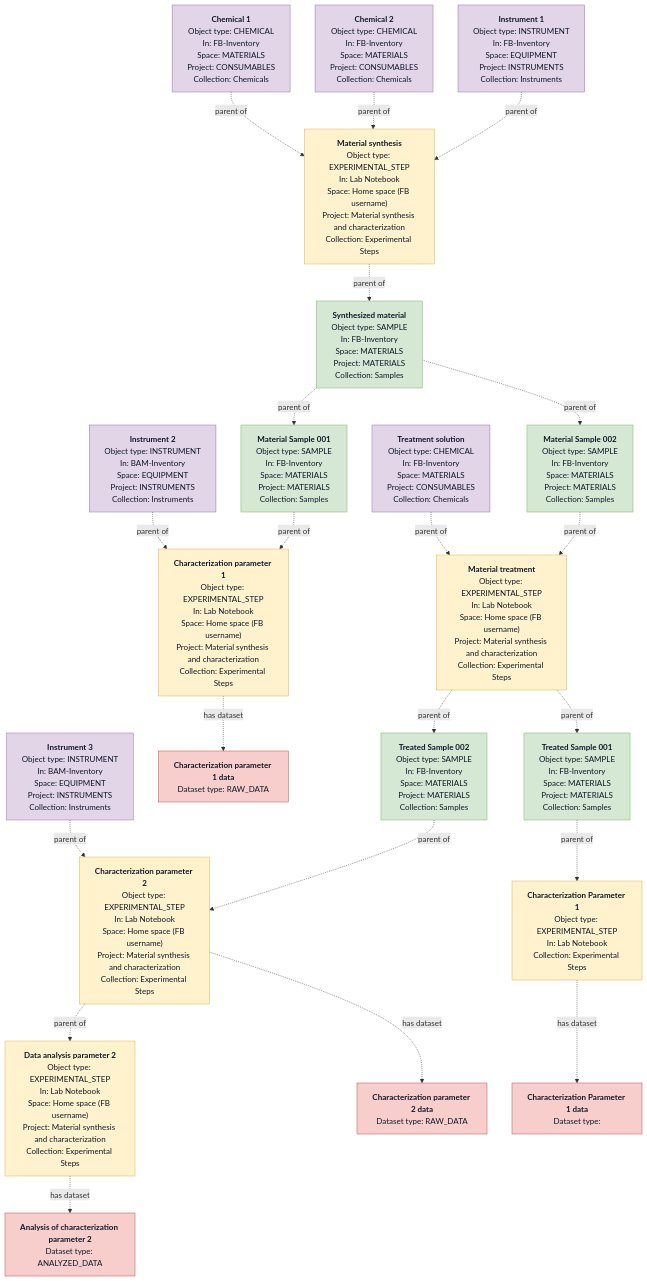
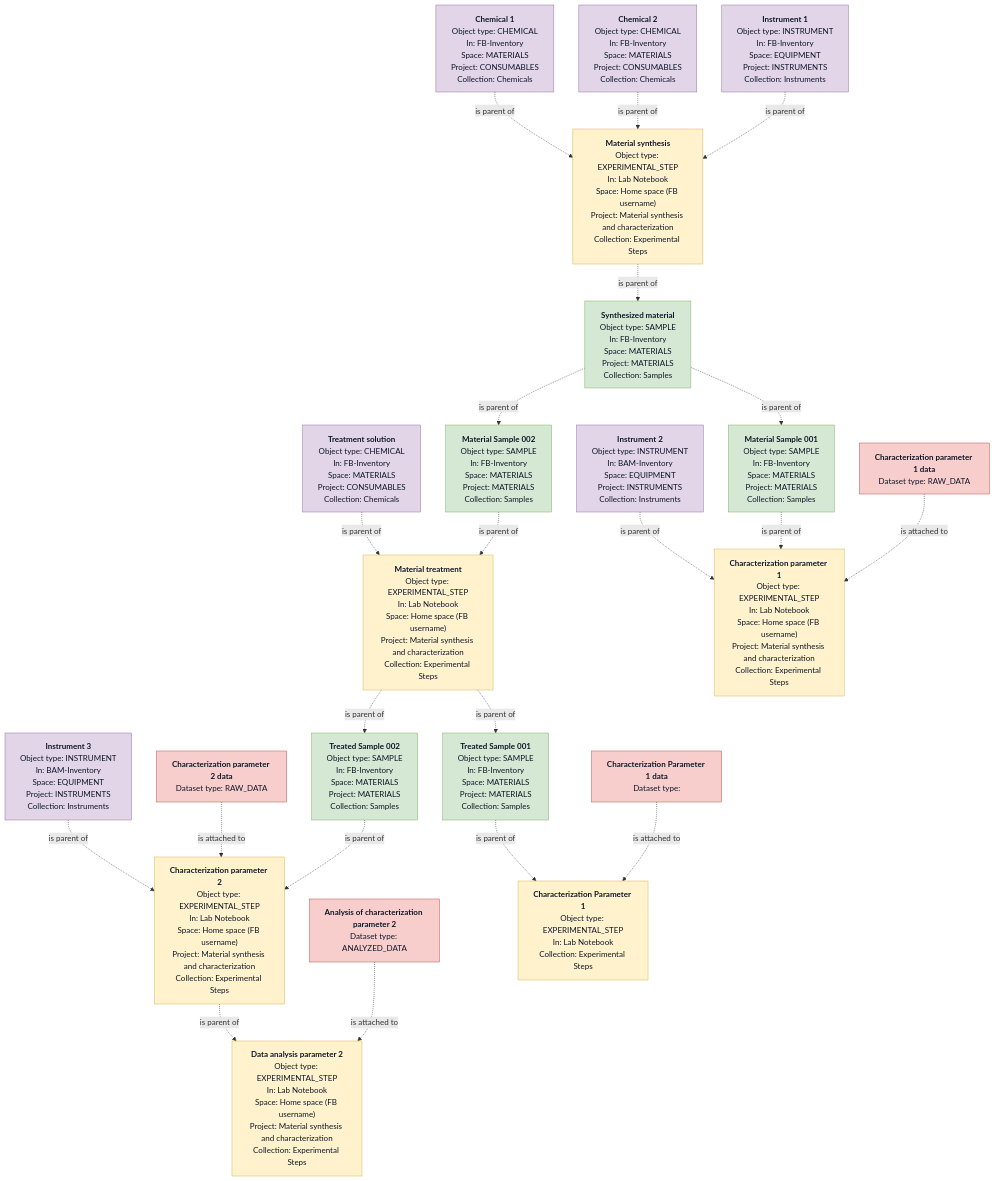
Before and after one commit to BAMresearch/mermantics: the diagram in web/examples/datastore-example.mmd, drawn with Mermaid. The commit also changed 10 other files, not shown here.

First line of the commit message:
Name the Data Store links and add an openBIS view (#29)

```diff
--- a/web/examples/datastore-example.mmd
+++ b/web/examples/datastore-example.mmd
@@ -1,61 +1,61 @@
 flowchart TB
 
-%% Example for the BAM Data Store: material synthesis and characterization. Arrows go from
-%% parent to child, and the experimental steps are linked through the samples they use and
-%% make. Datasets hang off the experimental step that made them.
+%% Example for the BAM Data Store: material synthesis and characterization. The experimental
+%% steps are linked through the samples they use and make ("is parent of"), and each dataset
+%% "is attached to" the experimental step that made it.
 
     Synthesis["<b>Material synthesis</b><br>Object type: EXPERIMENTAL_STEP<br>In: Lab Notebook<br>Space: Home space (FB username)<br>Project: Material synthesis and characterization<br>Collection: Experimental Steps"]:::dsdo
     Treatment["<b>Material treatment</b><br>Object type: EXPERIMENTAL_STEP<br>In: Lab Notebook<br>Space: Home space (FB username)<br>Project: Material synthesis and characterization<br>Collection: Experimental Steps"]:::dsdo
     Char1["<b>Characterization parameter 1</b><br>Object type: EXPERIMENTAL_STEP<br>In: Lab Notebook<br>Space: Home space (FB username)<br>Project: Material synthesis and characterization<br>Collection: Experimental Steps"]:::dsdo
     Char2["<b>Characterization parameter 2</b><br>Object type: EXPERIMENTAL_STEP<br>In: Lab Notebook<br>Space: Home space (FB username)<br>Project: Material synthesis and characterization<br>Collection: Experimental Steps"]:::dsdo
     Analysis2["<b>Data analysis parameter 2</b><br>Object type: EXPERIMENTAL_STEP<br>In: Lab Notebook<br>Space: Home space (FB username)<br>Project: Material synthesis and characterization<br>Collection: Experimental Steps"]:::dsdo
     Chemical1["<b>Chemical 1</b><br>Object type: CHEMICAL<br>In: FB-Inventory<br>Space: MATERIALS<br>Project: CONSUMABLES<br>Collection: Chemicals"]:::dsuse
     Chemical2["<b>Chemical 2</b><br>Object type: CHEMICAL<br>In: FB-Inventory<br>Space: MATERIALS<br>Project: CONSUMABLES<br>Collection: Chemicals"]:::dsuse
     Solution["<b>Treatment solution</b><br>Object type: CHEMICAL<br>In: FB-Inventory<br>Space: MATERIALS<br>Project: CONSUMABLES<br>Collection: Chemicals"]:::dsuse
     Instrument1["<b>Instrument 1</b><br>Object type: INSTRUMENT<br>In: FB-Inventory<br>Space: EQUIPMENT<br>Project: INSTRUMENTS<br>Collection: Instruments"]:::dsuse
     Instrument2["<b>Instrument 2</b><br>Object type: INSTRUMENT<br>In: BAM-Inventory<br>Space: EQUIPMENT<br>Project: INSTRUMENTS<br>Collection: Instruments"]:::dsuse
     Instrument3["<b>Instrument 3</b><br>Object type: INSTRUMENT<br>In: BAM-Inventory<br>Space: EQUIPMENT<br>Project: INSTRUMENTS<br>Collection: Instruments"]:::dsuse
     Synthesized["<b>Synthesized material</b><br>Object type: SAMPLE<br>In: FB-Inventory<br>Space: MATERIALS<br>Project: MATERIALS<br>Collection: Samples"]:::dsmake
     Sample001["<b>Material Sample 002</b><br>Object type: SAMPLE<br>In: FB-Inventory<br>Space: MATERIALS<br>Project: MATERIALS<br>Collection: Samples"]:::dsmake
     DataChar1["<b>Characterization parameter 1 data</b><br>Dataset type: RAW_DATA"]:::dsdata
     DataChar2["<b>Characterization parameter 2 data</b><br>Dataset type: RAW_DATA"]:::dsdata
     DataAnalysis2["<b>Analysis of characterization parameter 2</b><br>Dataset type: ANALYZED_DATA"]:::dsdata
     Sample["<b>Material Sample 001</b><br>Object type: SAMPLE<br>In: FB-Inventory<br>Space: MATERIALS<br>Project: MATERIALS<br>Collection: Samples"]:::dsmake
     Sample2["<b>Treated Sample 001</b><br>Object type: SAMPLE<br>In: FB-Inventory<br>Space: MATERIALS<br>Project: MATERIALS<br>Collection: Samples"]:::dsmake
     Sample3["<b>Treated Sample 002</b><br>Object type: SAMPLE<br>In: FB-Inventory<br>Space: MATERIALS<br>Project: MATERIALS<br>Collection: Samples"]:::dsmake
     ExperimentalStep["<b>Characterization Parameter 1</b><br>Object type: EXPERIMENTAL_STEP<br>In: Lab Notebook<br>Collection: Experimental Steps"]:::dsdo
     Dataset["<b>Characterization Parameter 1 data</b><br>Dataset type: "]:::dsdata
 
-    Chemical1 -. "parent of" .-> Synthesis
-    Chemical2 -. "parent of" .-> Synthesis
-    Instrument1 -. "parent of" .-> Synthesis
-    Synthesis -. "parent of" .-> Synthesized
-    Synthesized -. "parent of" .-> Sample001
-    Solution -. "parent of" .-> Treatment
-    Instrument2 -. "parent of" .-> Char1
-    Instrument3 -. "parent of" .-> Char2
-    Char2 -. "parent of" .-> Analysis2
-    Char2 -. "has dataset" .-> DataChar2
-    Analysis2 -. "has dataset" .-> DataAnalysis2
-    Synthesized -. "parent of" .-> Sample
-    Sample001 -. "parent of" .-> Treatment
-    Sample -. "parent of" .-> Char1
-    Treatment -. "parent of" .-> Sample2
-    Treatment -. "parent of" .-> Sample3
-    Char1 -. "has dataset" .-> DataChar1
-    Sample3 -. "parent of" .-> Char2
-    Sample2 -. "parent of" .-> ExperimentalStep
-    ExperimentalStep -. "has dataset" .-> Dataset
+    Chemical1 -. "is parent of" .-> Synthesis
+    Chemical2 -. "is parent of" .-> Synthesis
+    Instrument1 -. "is parent of" .-> Synthesis
+    Synthesis -. "is parent of" .-> Synthesized
+    Synthesized -. "is parent of" .-> Sample001
+    Solution -. "is parent of" .-> Treatment
+    Instrument2 -. "is parent of" .-> Char1
+    Instrument3 -. "is parent of" .-> Char2
+    Char2 -. "is parent of" .-> Analysis2
+    DataChar2 -. "is attached to" .-> Char2
+    DataAnalysis2 -. "is attached to" .-> Analysis2
+    Synthesized -. "is parent of" .-> Sample
+    Sample001 -. "is parent of" .-> Treatment
+    Sample -. "is parent of" .-> Char1
+    Treatment -. "is parent of" .-> Sample2
+    Treatment -. "is parent of" .-> Sample3
+    DataChar1 -. "is attached to" .-> Char1
+    Sample3 -. "is parent of" .-> Char2
+    Sample2 -. "is parent of" .-> ExperimentalStep
+    Dataset -. "is attached to" .-> ExperimentalStep
 
     classDef base fill:#e5e7eb,stroke:#6b7280,stroke-width:2px,color:#111827
     classDef upper fill:#ffffff,stroke:#9ca3af,stroke-width:2px,color:#374151
     classDef local fill:#dbeafe,stroke:#1d4ed8,stroke-width:2px,color:#0f172a
     classDef vocab fill:#f5f3ff,stroke:#7c3aed,color:#0f172a
     classDef note fill:#fffbeb,stroke:#d97706,color:#374151
     classDef dsdo fill:#fff2cc,stroke:#d6b656,color:#0f172a
     classDef dsmake fill:#d5e8d4,stroke:#82b366,color:#0f172a
     classDef dsuse fill:#e1d5e7,stroke:#9673a6,color:#0f172a
     classDef dsdata fill:#f8cecc,stroke:#b85450,color:#0f172a
 
 %% mermantics-layout {"Synthesis":[529,174],"Treatment":[863,582],"Char1":[197,595],"Char2":[1073,852],"Analysis2":[1101,1069],"Chemical1":[797,12],"Chemical2":[529,12],"Solution":[1151,506],"Instrument1":[261,12],"Instrument2":[56,444],"Instrument3":[1448,786],"Synthesized":[606,296],"Sample001":[907,437],"DataChar1":[456,706],"DataChar2":[1326,942],"DataAnalysis2":[1313,1166],"Sample":[423,436],"Sample2":[817,720],"Sample3":[1077,711],"ExperimentalStep":[697,856],"Dataset":[791,970]}
 %% mermantics-kinds {"Synthesis":"step","Treatment":"step","Char1":"step","Char2":"step","Analysis2":"step","Chemical1":"chemical","Chemical2":"chemical","Solution":"chemical","Instrument1":"instrument","Instrument2":"instrument","Instrument3":"instrument","Synthesized":"sample","Sample001":"sample","DataChar1":"dataset","DataChar2":"dataset","DataAnalysis2":"dataset","Sample":"sample","Sample2":"sample","Sample3":"sample","ExperimentalStep":"step","Dataset":"dataset"}
```
